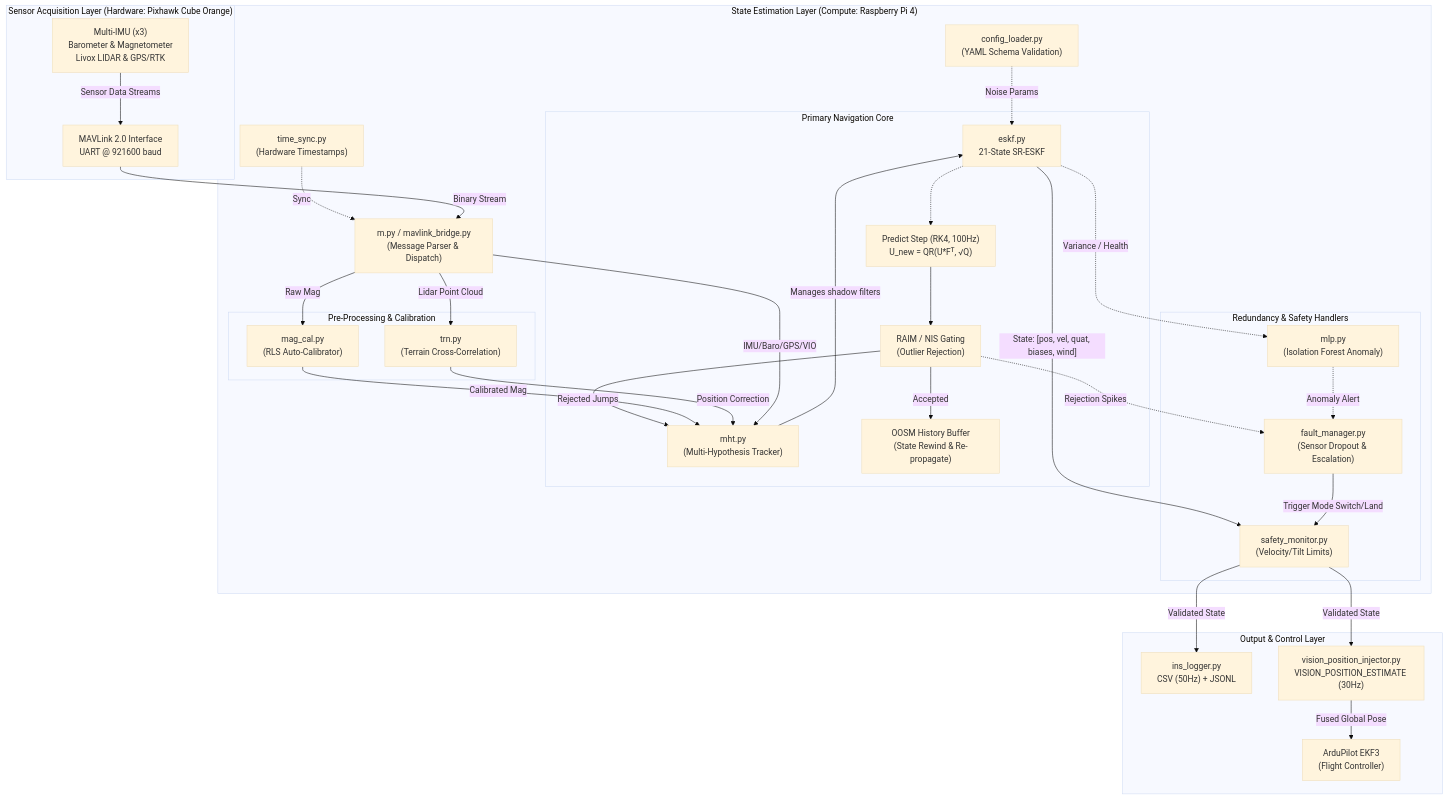
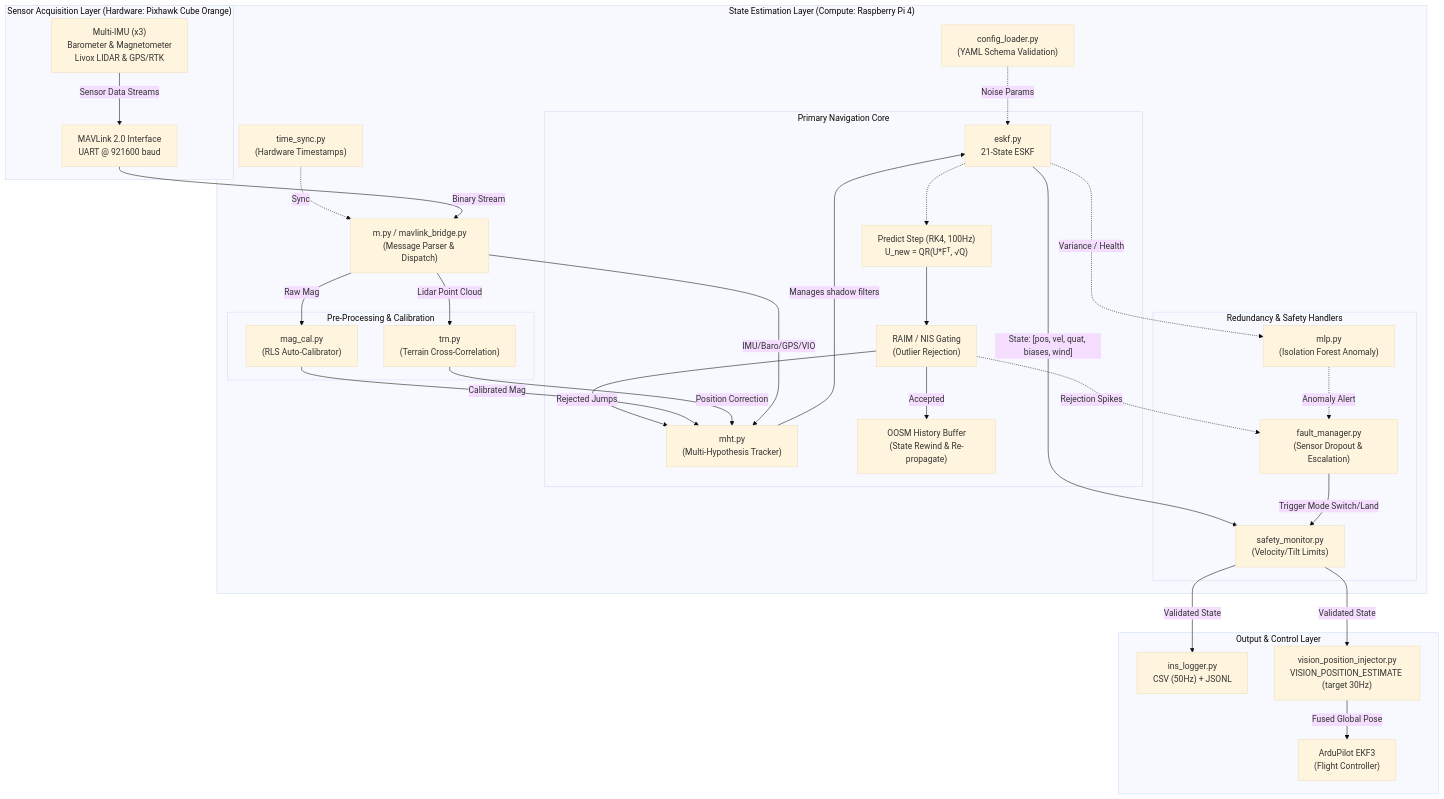
Before and after one commit to ARYA-mgc/NavCore-Pixhawk: the diagram in README.md, drawn with Mermaid (base theme). The commit also changed other lines of this file and 27 other files, not shown here.

Commit message:
chore: remove gated tightly-coupled gps roadmap item

````diff
--- a/README.md
+++ b/README.md
@@ -214,73 +214,73 @@
 ```mermaid
 graph TD
     %% Configuration & Time Sync
     Config["config_loader.py<br>(YAML Schema Validation)"]
     TimeSync["time_sync.py<br>(Hardware Timestamps)"]
 
     %% Sensor Layer (Hardware)
     subgraph "Sensor Acquisition Layer (Hardware: Pixhawk Cube Orange)"
         PX4["Multi-IMU (x3)<br>Barometer & Magnetometer<br>Livox LIDAR & GPS/RTK"]
         MAV["MAVLink 2.0 Interface<br>UART @ 921600 baud"]
         PX4 -- "Sensor Data Streams" --> MAV
     end
 
     %% State Estimation (Raspberry Pi 4)
     subgraph "State Estimation Layer (Compute: Raspberry Pi 4)"
         Bridge["m.py / mavlink_bridge.py<br>(Message Parser & Dispatch)"]
         
         subgraph "Pre-Processing & Calibration"
             MagCal["mag_cal.py<br>(RLS Auto-Calibrator)"]
             TRN["trn.py<br>(Terrain Cross-Correlation)"]
         end
         
         subgraph "Primary Navigation Core"
             MHT["mht.py<br>(Multi-Hypothesis Tracker)"]
-            ESKF["eskf.py<br>21-State SR-ESKF"]
+            ESKF["eskf.py<br>21-State ESKF"]
             Predict["Predict Step (RK4, 100Hz)<br>U_new = QR(U*Fᵀ, √Q)"]
             RAIM["RAIM / NIS Gating<br>(Outlier Rejection)"]
             OOSM["OOSM History Buffer<br>(State Rewind & Re-propagate)"]
             
             MHT --> |Manages shadow filters| ESKF
             ESKF -.-> Predict
             Predict --> RAIM
             RAIM --> |Accepted| OOSM
             RAIM --> |Rejected Jumps| MHT
         end
 
         subgraph "Redundancy & Safety Handlers"
             MLP["mlp.py<br>(Isolation Forest Anomaly)"]
             Fault["fault_manager.py<br>(Sensor Dropout & Escalation)"]
             Safety["safety_monitor.py<br>(Velocity/Tilt Limits)"]
         end
         
         Config -. "Noise Params" .-> ESKF
         TimeSync -. "Sync" .-> Bridge
         MAV -- "Binary Stream" --> Bridge
         
         Bridge -- "Raw Mag" --> MagCal
         Bridge -- "Lidar Point Cloud" --> TRN
         
         MagCal -- "Calibrated Mag" --> MHT
         TRN -- "Position Correction" --> MHT
         Bridge -- "IMU/Baro/GPS/VIO" --> MHT
         
         ESKF -- "State: [pos, vel, quat, biases, wind]" --> Safety
         ESKF -. "Variance / Health" .-> MLP
         MLP -. "Anomaly Alert" .-> Fault
         RAIM -. "Rejection Spikes" .-> Fault
         
         Fault -- "Trigger Mode Switch/Land" --> Safety
     end
 
     %% Output Distribution
     subgraph "Output & Control Layer"
         Log["ins_logger.py<br>CSV (50Hz) + JSONL"]
-        Vis["vision_position_injector.py<br>VISION_POSITION_ESTIMATE (30Hz)"]
+        Vis["vision_position_injector.py<br>VISION_POSITION_ESTIMATE (target 30Hz)"]
         ArduPilot["ArduPilot EKF3<br>(Flight Controller)"]
         
         Safety -- "Validated State" --> Log
         Safety -- "Validated State" --> Vis
         
         Vis -- "Fused Global Pose" --> ArduPilot
     end
 ```
````
